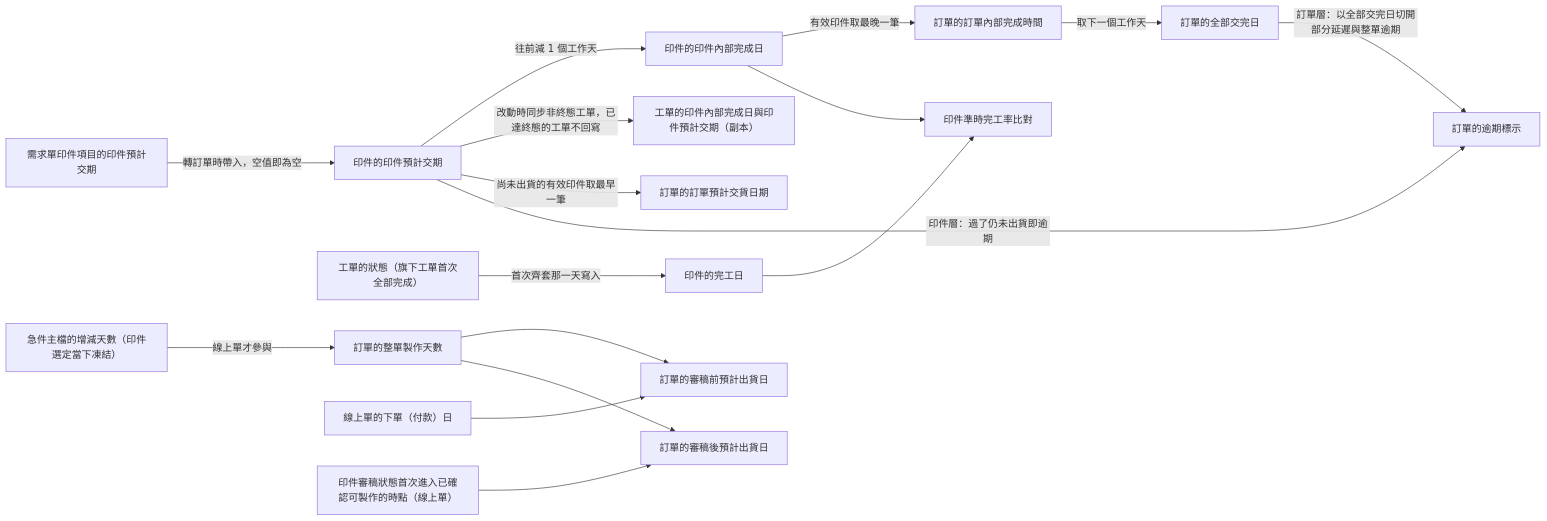
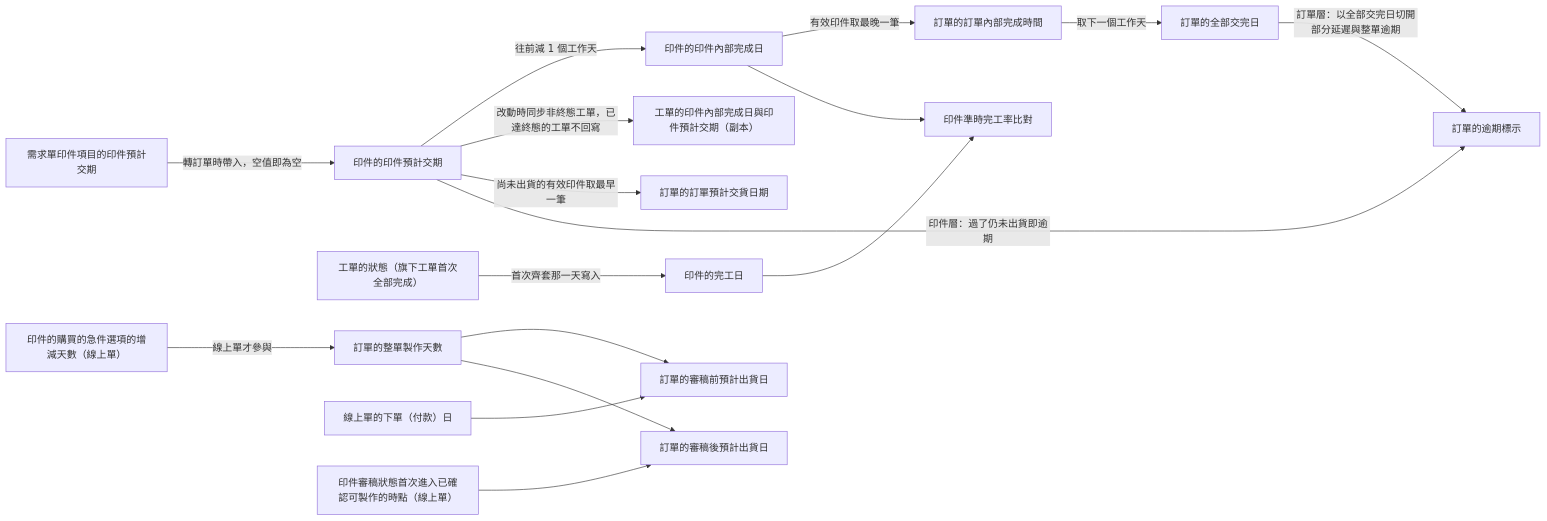
One commit to Kawato-Miles/erp-spec changed the fourth of 6 diagrams in memory/Sens_wiki/wiki/erp/05-entities/訂單領域資料結構總覽.md. Above: the diagram before and after it, drawn with Mermaid. The commit also changed other lines of this file and 36 other files, not shown here.

````diff
--- a/memory/Sens_wiki/wiki/erp/05-entities/訂單領域資料結構總覽.md
+++ b/memory/Sens_wiki/wiki/erp/05-entities/訂單領域資料結構總覽.md
@@ -96,19 +97,19 @@
 ```mermaid
 flowchart LR
     B2["需求單印件項目的印件預計交期"] -->|"轉訂單時帶入，空值即為空"| B9["印件的印件預計交期"]
     B9 -->|"往前減 1 個工作天"| B7["印件的印件內部完成日"]
     B9 -->|"改動時同步非終態工單，已達終態的工單不回寫"| B8["工單的印件內部完成日與印件預計交期（副本）"]
     B7 -->|"有效印件取最晚一筆"| B11["訂單的訂單內部完成時間"]
     B11 -->|"取下一個工作天"| B12["訂單的全部交完日"]
     B9 -->|"尚未出貨的有效印件取最早一筆"| B13["訂單的訂單預計交貨日期"]
     B9 -->|"印件層：過了仍未出貨即逾期"| B14["訂單的逾期標示"]
     B12 -->|"訂單層：以全部交完日切開部分延遲與整單逾期"| B14
     B15["工單的狀態（旗下工單首次全部完成）"] -->|"首次齊套那一天寫入"| B16["印件的完工日"]
     B16 --> B17["印件準時完工率比對"]
     B7 --> B17
-    O1["急件主檔的增減天數（印件選定當下凍結）"] -->|"線上單才參與"| O2["訂單的整單製作天數"]
+    O1["印件的購買的急件選項的增減天數（線上單）"] -->|"線上單才參與"| O2["訂單的整單製作天數"]
     O3["線上單的下單（付款）日"] --> O4["訂單的審稿前預計出貨日"]
     O2 --> O4
     O5["印件審稿狀態首次進入已確認可製作的時點（線上單）"] --> O6["訂單的審稿後預計出貨日"]
     O2 --> O6
 ```
````
